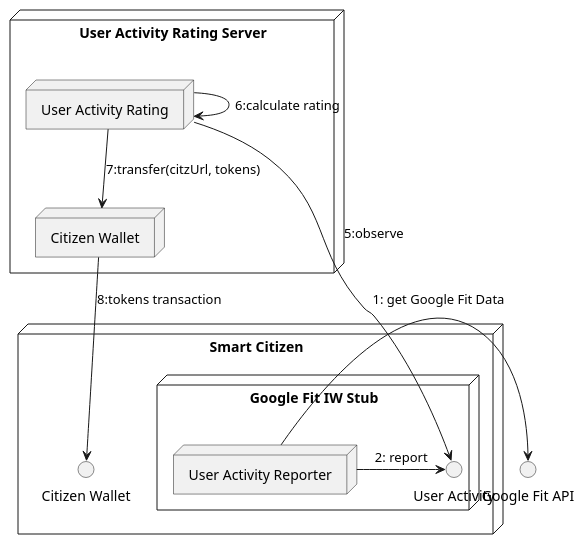
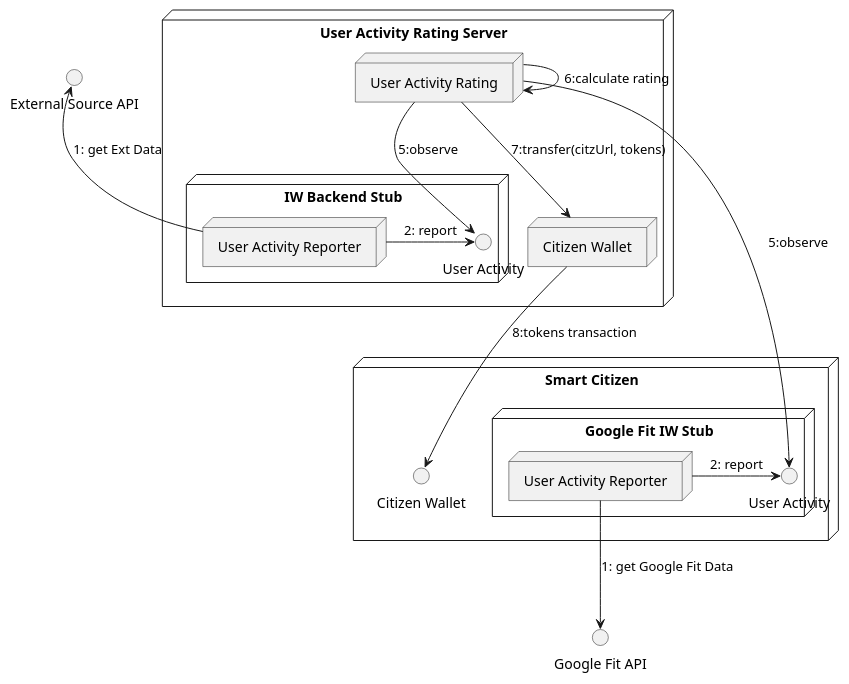
Before and after one commit to reTHINK-project/dev-java-hyperty: the diagram in docs/token-rating/user-activity-rating.plantuml, drawn with PlantUML. The commit also changed 7 other files, not shown here.

```diff
--- a/docs/token-rating/user-activity-rating.plantuml
+++ b/docs/token-rating/user-activity-rating.plantuml
@@ -1,36 +1,51 @@
 @startuml
 
 node "User Activity Rating Server" as dsmServer {
 
 node "Citizen Wallet" as wallet
 
 node "User Activity Rating" as citzRate
+
+node "IW Backend Stub" as iwBackStub {
+    node "User Activity Reporter" as backUserActR
+
+    interface "User Activity" as backUserAct
+
+    }
 }
+
+interface "External Source API" as extAPI
 
 node "Smart Citizen" as citz {
 
 interface "Citizen Wallet" as citzWallet
 
 node "Google Fit IW Stub" as gfitStub {
     node "User Activity Reporter" as userActR
 
     interface "User Activity" as userAct
     }
 }
 
 interface "Google Fit API" as gfit
 
-userActR -> gfit : 1: get Google Fit Data
+backUserActR -up-> extAPI : 1: get Ext Data
+
+backUserActR -> backUserAct : 2: report
+
+citzRate --> backUserAct : 5:observe
+
+userActR -down-> gfit : 1: get Google Fit Data
 
 userActR -> userAct : 2: report
 
 citzRate --> userAct : 5:observe
 
 citzRate -> citzRate : 6:calculate rating
 
 citzRate --> wallet : 7:transfer(citzUrl, tokens)
 
 wallet --> citzWallet : 8:tokens transaction
 
 
 @enduml
```
